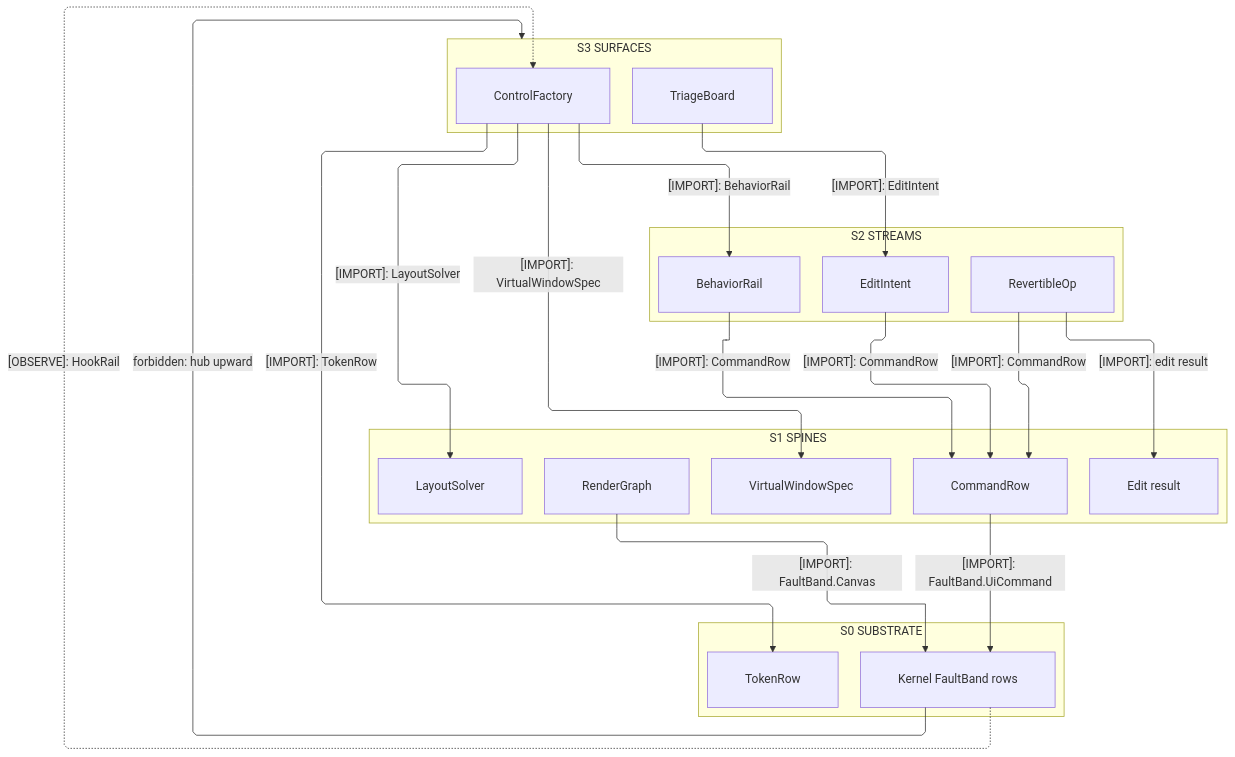
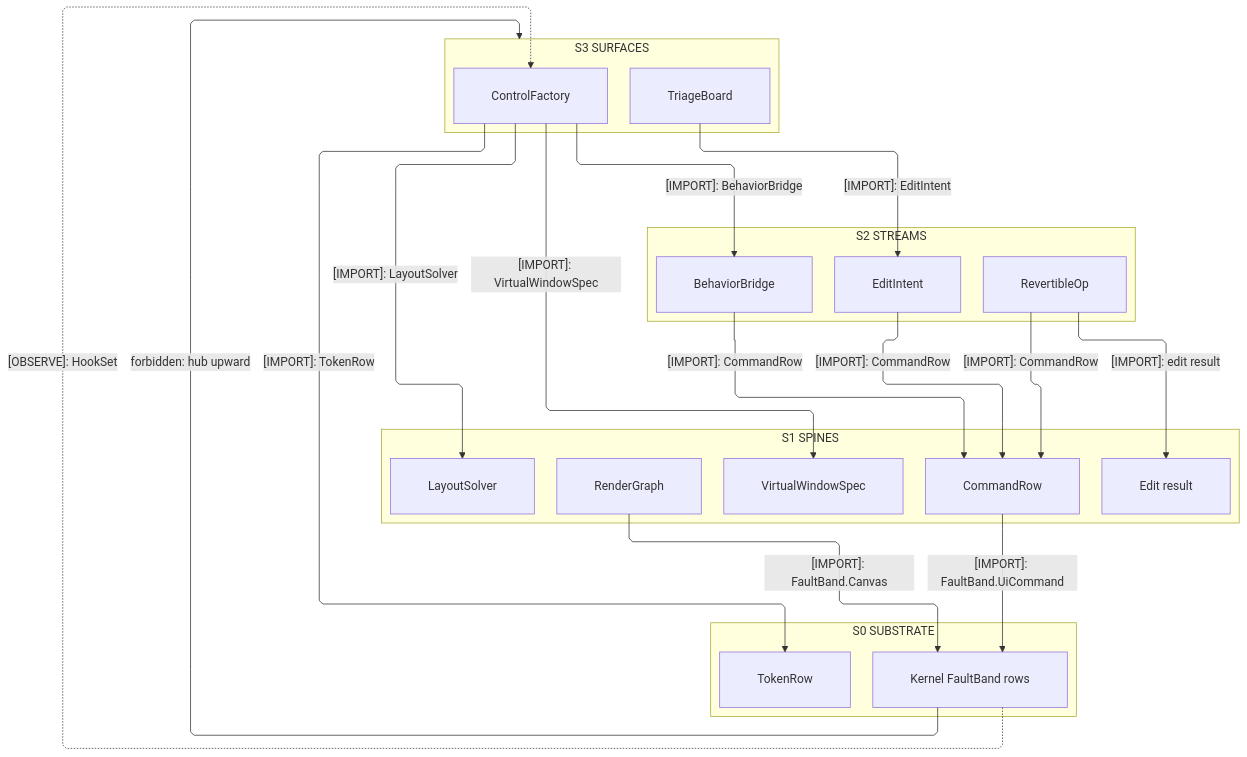
One commit to bsamiee/Rasm changed the first of 4 diagrams in libs/dotnet/Rasm.AppUi/ARCHITECTURE.md. Above: the diagram before and after it, drawn with Mermaid. The commit also changed other lines of this file and 1997 other files, not shown here.

````diff
--- a/libs/dotnet/Rasm.AppUi/ARCHITECTURE.md
+++ b/libs/dotnet/Rasm.AppUi/ARCHITECTURE.md
@@ -104,45 +104,45 @@
 ```mermaid
 ---
 config:
   layout: elk
   flowchart:
     curve: linear
     padding: 25
 ---
 flowchart TB
     accTitle: Rasm.AppUi interior strata
     accDescr: Which lower vocabulary each spine, stream, and surface owner consumes, and the AppUi hook edge the hub exposes.
     subgraph S3["S3 SURFACES"]
         Factory[ControlFactory]
         Board[TriageBoard]
     end
     subgraph S2["S2 STREAMS"]
-        Rail[BehaviorRail]
+        Bridge[BehaviorBridge]
         Intent[EditIntent]
         Revert[RevertibleOp]
     end
     subgraph S1["S1 SPINES"]
         Command[CommandRow]
         Virtual[VirtualWindowSpec]
         Solver[LayoutSolver]
         Inspect[Edit result]
         Graph[RenderGraph]
     end
     subgraph S0["S0 SUBSTRATE"]
         Fault[Kernel FaultBand rows]
         Token[TokenRow]
     end
     Factory e1@-->|"[IMPORT]: VirtualWindowSpec"| Virtual
     Factory e2@-->|"[IMPORT]: LayoutSolver"| Solver
-    Factory e3@-->|"[IMPORT]: BehaviorRail"| Rail
+    Factory e3@-->|"[IMPORT]: BehaviorBridge"| Bridge
     Factory e4@-->|"[IMPORT]: TokenRow"| Token
     Board e5@-->|"[IMPORT]: EditIntent"| Intent
-    Rail e6@-->|"[IMPORT]: CommandRow"| Command
+    Bridge e6@-->|"[IMPORT]: CommandRow"| Command
     Revert e7@-->|"[IMPORT]: CommandRow"| Command
     Revert e8@-->|"[IMPORT]: edit result"| Inspect
     Intent e9@-->|"[IMPORT]: CommandRow"| Command
     Command e10@-->|"[IMPORT]: FaultBand.UiCommand"| Fault
     Graph e11@-->|"[IMPORT]: FaultBand.Canvas"| Fault
-    Fault e12@-.->|"[OBSERVE]: HookRail"| Factory
+    Fault e12@-.->|"[OBSERVE]: HookSet"| Factory
     Fault f1@-->|"forbidden: hub upward"| S3
 ```
````
